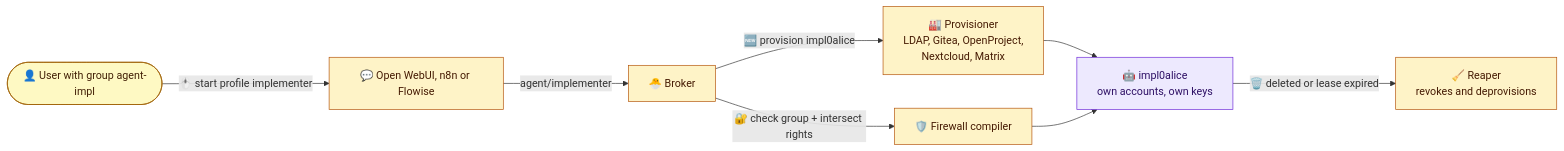
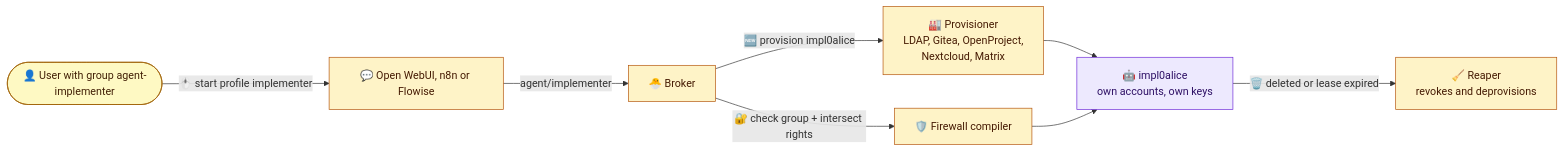
One commit to kevinveenbirkenbach/infinito-nexus-core changed the fifth of 21 diagrams in docs/requirements/041-agents-restructuring.md. Above: the diagram before and after it, drawn with Mermaid. The commit also changed other lines of this file, not shown here.

````diff
--- a/docs/requirements/041-agents-restructuring.md
+++ b/docs/requirements/041-agents-restructuring.md
@@ -245,16 +331,16 @@
 ```mermaid
 flowchart LR
-  U(["👤 User with group agent-impl"]) -->|"🖱️ start profile implementer"| UI["💬 Open WebUI, n8n or Flowise"]
+  U(["👤 User with group agent-implementer"]) -->|"🖱️ start profile implementer"| UI["💬 Open WebUI, n8n or Flowise"]
   UI -->|"agent/implementer"| BR["🐣 Broker"]
   BR -->|"🔐 check group + intersect rights"| FW["🛡️ Firewall compiler"]
   BR -->|"🆕 provision impl0alice"| PV["🏭 Provisioner<br/>LDAP, Gitea, OpenProject,<br/>Nextcloud, Matrix"]
   PV --> AG["🤖 impl0alice<br/>own accounts, own keys"]
   FW --> AG
   AG -->|"🗑️ deleted or lease expired"| RP["🧹 Reaper<br/>revokes and deprovisions"]
   classDef human fill:#fef9c3,stroke:#a16207,color:#422006
   classDef ctrl fill:#fef3c7,stroke:#b45309,color:#451a03
   classDef agent fill:#ede9fe,stroke:#6d28d9,color:#2e1065
   class U human
   class UI,BR,FW,PV,RP ctrl
   class AG agent
 ```
````
